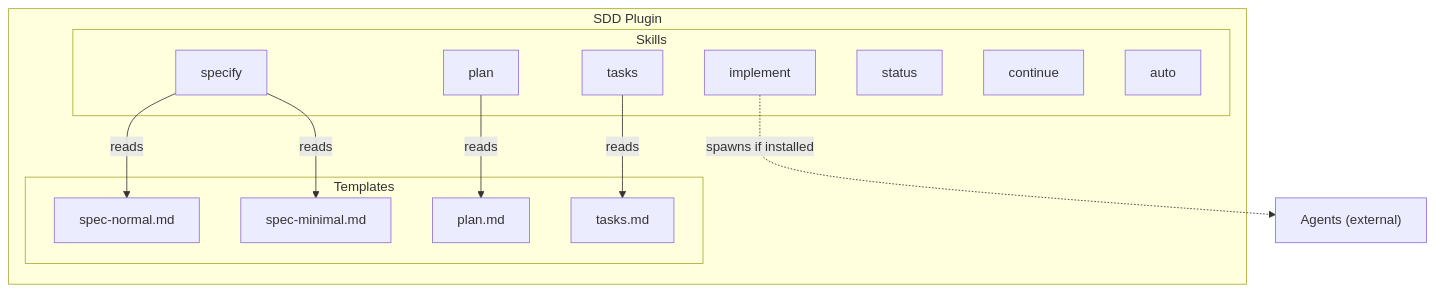
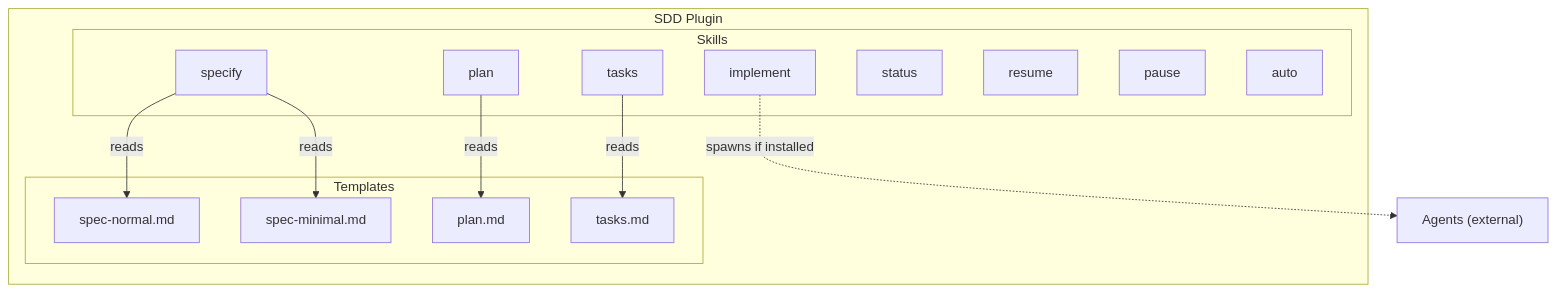
Before and after one commit to alfredoperez/sdd: the second of 5 diagrams in docs/ARCHITECTURE.md, drawn with Mermaid. The commit also changed other lines of this file and 12 other files, not shown here.

Commit message:
feat(skills): rename continue to resume and add pause skill

````diff
--- a/docs/ARCHITECTURE.md
+++ b/docs/ARCHITECTURE.md
@@ -23,25 +23,26 @@
 ```mermaid
 graph TD
     subgraph Plugin["SDD Plugin"]
         subgraph Skills
             S1[specify]
             S2[plan]
             S3[tasks]
             S4[implement]
             S5[status]
-            S6[continue]
+            S6[resume]
+            S8[pause]
             S7[auto]
         end
         subgraph Templates
             T1[spec-normal.md]
             T2[spec-minimal.md]
             T3[plan.md]
             T4[tasks.md]
         end
     end
 
     S1 -->|"reads"| T1 & T2
     S2 -->|"reads"| T3
     S3 -->|"reads"| T4
     S4 -.->|"spawns if installed"| Agents["Agents (external)"]
 ```
````
